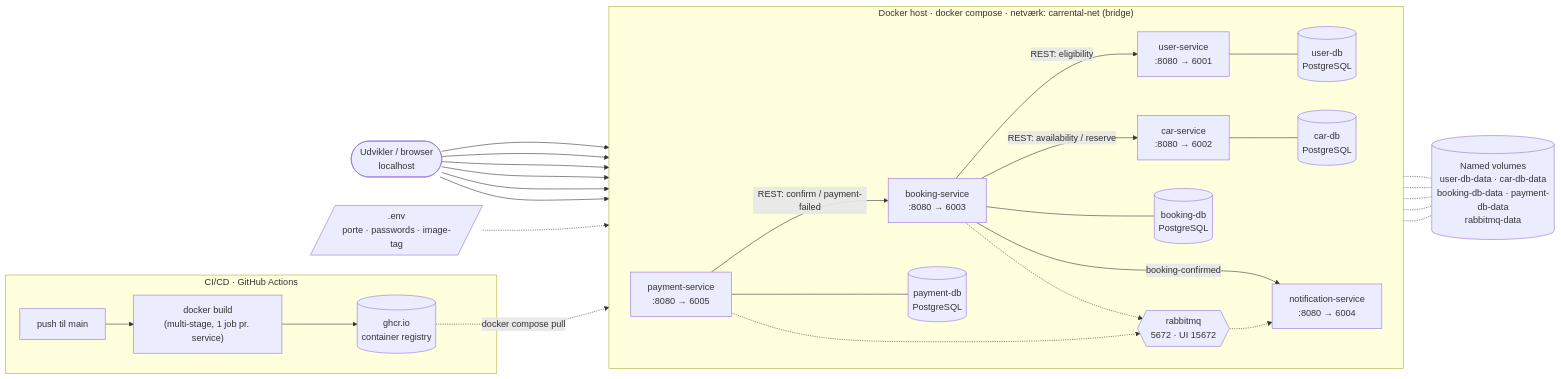
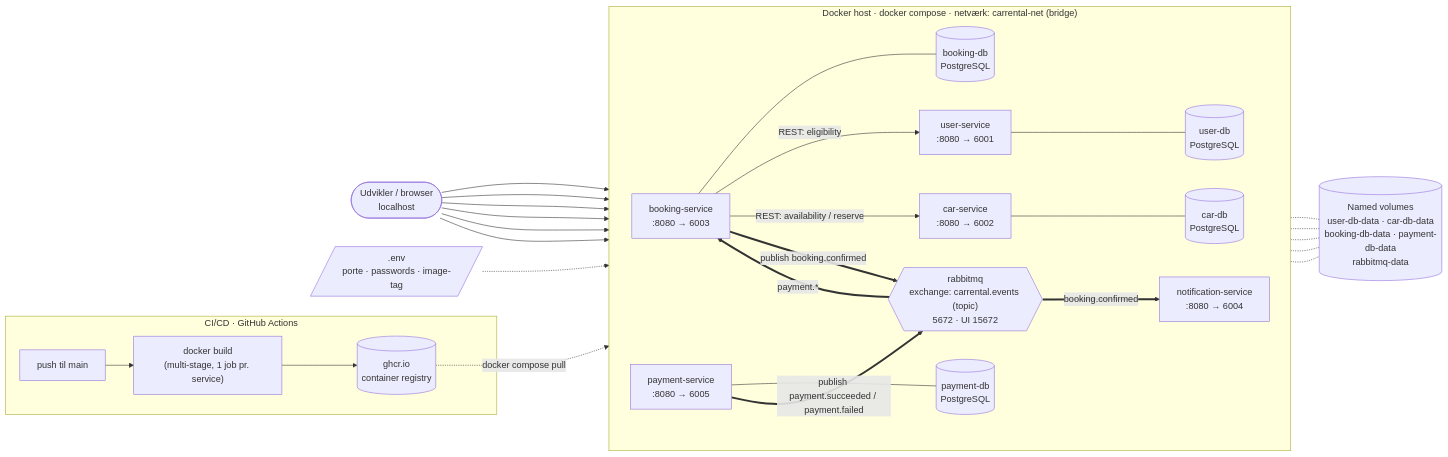
Before and after one commit to saad1750/CarRentalSystem: the diagram in docs/dev-environment.mmd, drawn with Mermaid. The commit also changed 39 other files, not shown here.

```diff
--- a/docs/dev-environment.mmd
+++ b/docs/dev-environment.mmd
@@ -1,42 +1,41 @@
 flowchart LR
   dev(["Udvikler / browser<br/>localhost"])
 
   subgraph host["Docker host · docker compose · netværk: carrental-net (bridge)"]
     direction LR
     us["user-service<br/>:8080 → 6001"]
     cs["car-service<br/>:8080 → 6002"]
     bs["booking-service<br/>:8080 → 6003"]
     ns["notification-service<br/>:8080 → 6004"]
     ps["payment-service<br/>:8080 → 6005"]
-    mq{{"rabbitmq<br/>5672 · UI 15672"}}
+    mq{{"rabbitmq<br/>exchange: carrental.events (topic)<br/>5672 · UI 15672"}}
 
     udb[("user-db<br/>PostgreSQL")]
     cdb[("car-db<br/>PostgreSQL")]
     bdb[("booking-db<br/>PostgreSQL")]
     pdb[("payment-db<br/>PostgreSQL")]
 
     us --- udb
     cs --- cdb
     bs --- bdb
     ps --- pdb
 
     bs -- "REST: eligibility" --> us
     bs -- "REST: availability / reserve" --> cs
-    bs -- "booking-confirmed" --> ns
-    ps -- "REST: confirm / payment-failed" --> bs
-    bs -.-> mq
-    ps -.-> mq
-    mq -.-> ns
+    ps == "publish payment.succeeded / payment.failed" ==> mq
+    mq == "payment.*" ==> bs
+    bs == "publish booking.confirmed" ==> mq
+    mq == "booking.confirmed" ==> ns
   end
 
   vols[("Named volumes<br/>user-db-data · car-db-data<br/>booking-db-data · payment-db-data<br/>rabbitmq-data")]
   udb & cdb & bdb & pdb & mq -.- vols
 
   env[/".env<br/>porte · passwords · image-tag"/] -.-> host
   dev --> us & cs & bs & ns & ps
   dev --> mq
 
   subgraph ci["CI/CD · GitHub Actions"]
     gh["push til main"] --> build["docker build<br/>(multi-stage, 1 job pr. service)"] --> reg[("ghcr.io<br/>container registry")]
   end
   reg -. "docker compose pull" .-> host
```
